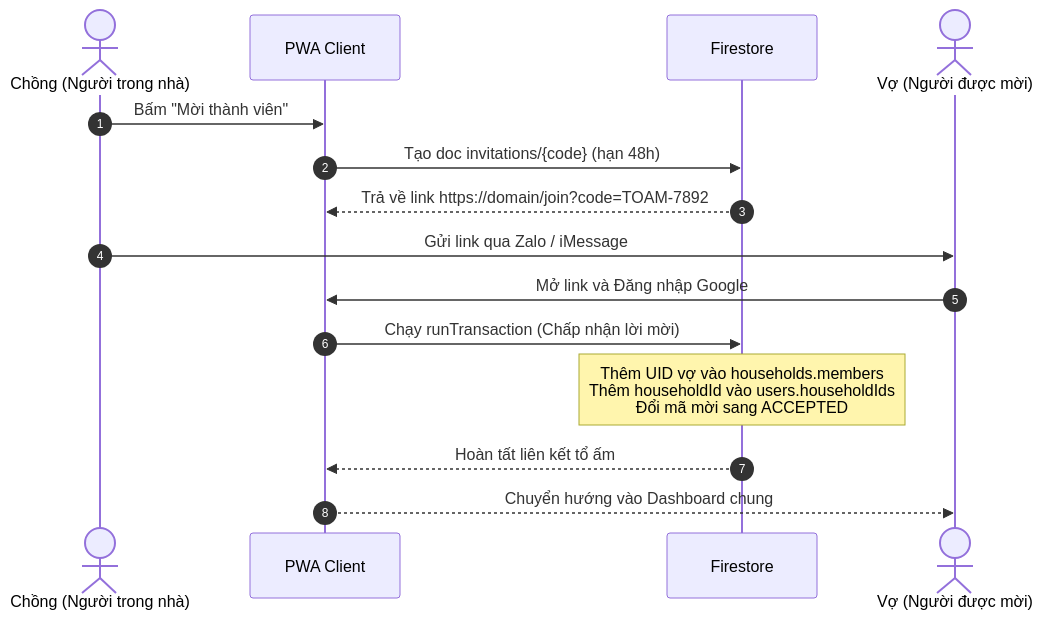
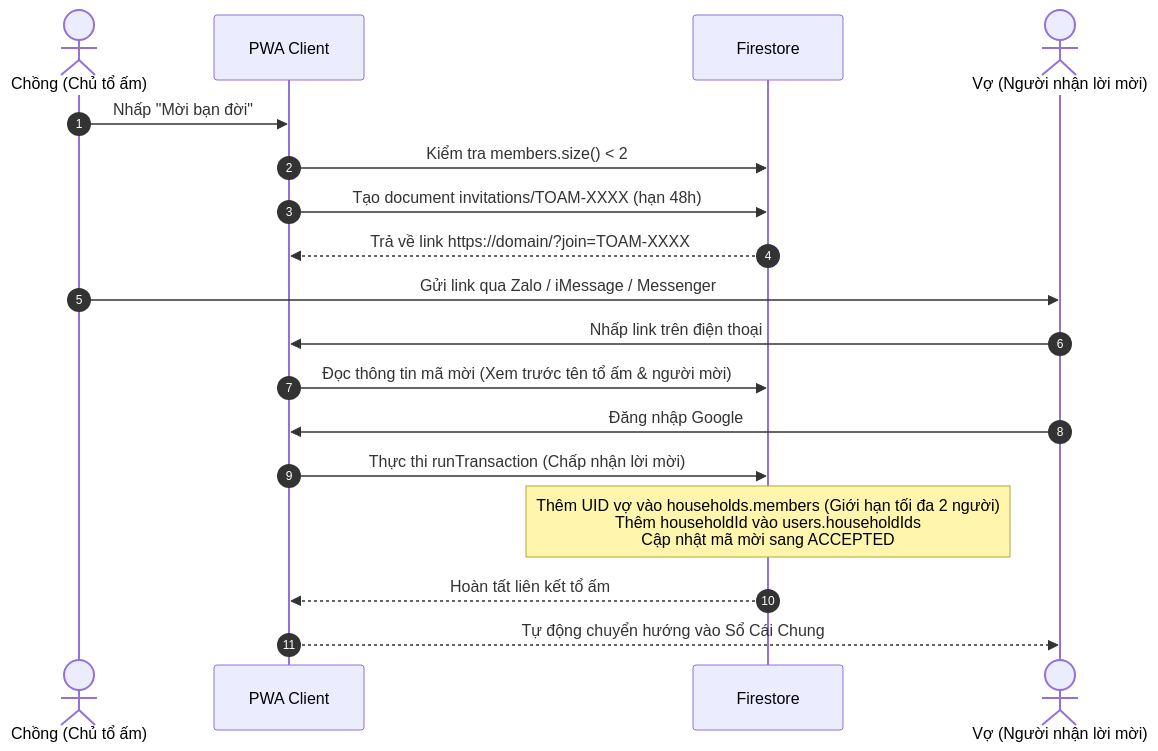
The second of 2 diagrams in docs/PROJECT_SPEC.md (huytvdev22/family-expense-manager), drawn with Mermaid before and after one commit. The commit also changed other lines of this file and 1 other file, not shown here.

````diff
--- a/docs/PROJECT_SPEC.md
+++ b/docs/PROJECT_SPEC.md
@@ -120,18 +237,21 @@
 ```mermaid
 sequenceDiagram
     autonumber
-    actor C as Chồng (Người trong nhà)
+    actor C as Chồng (Chủ tổ ấm)
     participant App as PWA Client
     participant FS as Firestore
-    actor V as Vợ (Người được mời)
+    actor V as Vợ (Người nhận lời mời)
 
-    C->>App: Bấm "Mời thành viên"
-    App->>FS: Tạo doc invitations/{code} (hạn 48h)
-    FS-->>App: Trả về link https://domain/join?code=TOAM-7892
-    C->>V: Gửi link qua Zalo / iMessage
-    V->>App: Mở link và Đăng nhập Google
-    App->>FS: Chạy runTransaction (Chấp nhận lời mời)
-    Note over FS: Thêm UID vợ vào households.members<br/>Thêm householdId vào users.householdIds<br/>Đổi mã mời sang ACCEPTED
+    C->>App: Nhấp "Mời bạn đời"
+    App->>FS: Kiểm tra members.size() < 2
+    App->>FS: Tạo document invitations/TOAM-XXXX (hạn 48h)
+    FS-->>App: Trả về link https://domain/?join=TOAM-XXXX
+    C->>V: Gửi link qua Zalo / iMessage / Messenger
+    V->>App: Nhấp link trên điện thoại
+    App->>FS: Đọc thông tin mã mời (Xem trước tên tổ ấm & người mời)
+    V->>App: Đăng nhập Google
+    App->>FS: Thực thi runTransaction (Chấp nhận lời mời)
+    Note over FS: Thêm UID vợ vào households.members (Giới hạn tối đa 2 người)<br/>Thêm householdId vào users.householdIds<br/>Cập nhật mã mời sang ACCEPTED
     FS-->>App: Hoàn tất liên kết tổ ấm
-    App-->>V: Chuyển hướng vào Dashboard chung
+    App-->>V: Tự động chuyển hướng vào Sổ Cái Chung
 ```
````
